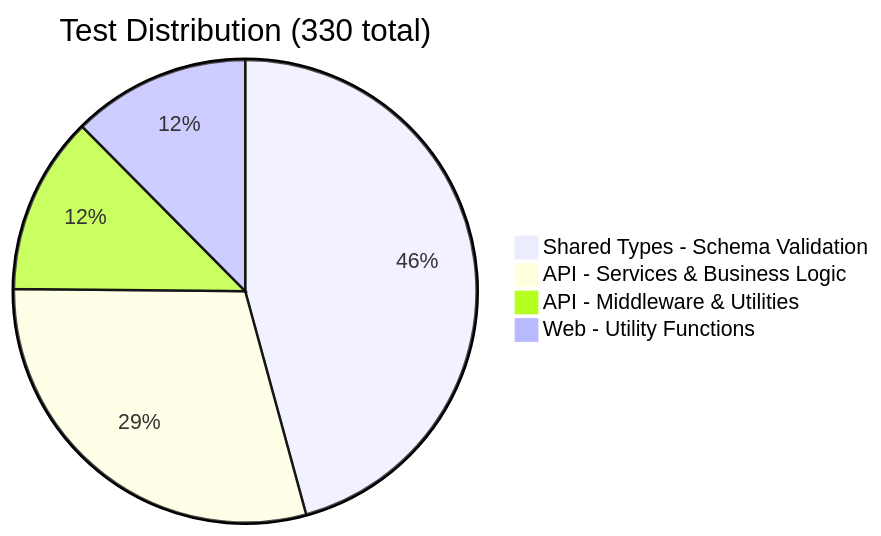
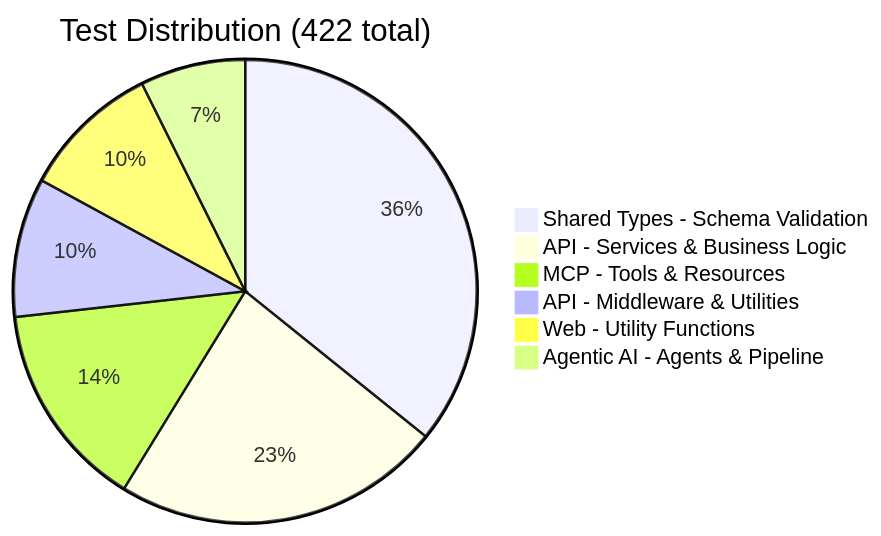
One commit to Anto1712/WealthWise-Finance-Tracker changed diagram 24 of 25 in ARCHITECTURE.md. Above: the diagram before and after it, drawn with Mermaid. The commit also changed other lines of this file and 9 other files, not shown here.

````diff
--- a/ARCHITECTURE.md
+++ b/ARCHITECTURE.md
@@ -821,7 +1005,9 @@
 ```mermaid
-pie title Test Distribution (330 total)
+pie title Test Distribution (422 total)
     "Shared Types - Schema Validation" : 151
     "API - Services & Business Logic" : 97
+    "MCP - Tools & Resources" : 61
     "API - Middleware & Utilities" : 41
     "Web - Utility Functions" : 41
+    "Agentic AI - Agents & Pipeline" : 31
 ```
````
